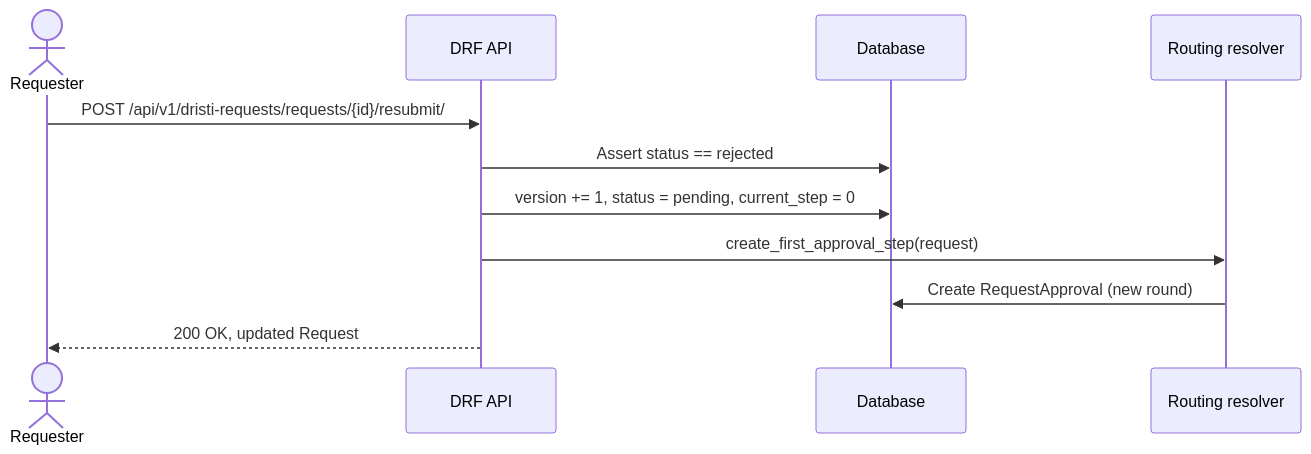
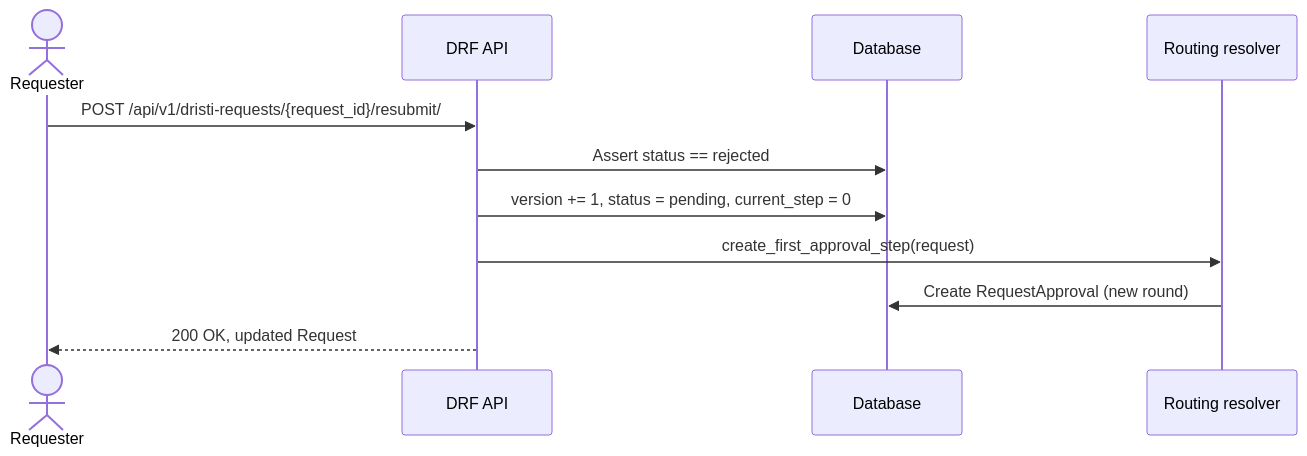
The seventh of 8 diagrams in spec/0010-simple-requests-flow.md (pucardotorg/dristi-be), drawn with Mermaid before and after one commit. The commit also changed other lines of this file and 4 other files, not shown here.

````diff
--- a/spec/0010-simple-requests-flow.md
+++ b/spec/0010-simple-requests-flow.md
@@ -370,14 +371,14 @@
 ```mermaid
 sequenceDiagram
     actor U as Requester
     participant API as DRF API
     participant DB as Database
     participant R as Routing resolver
 
-    U->>API: POST /api/v1/dristi-requests/requests/{id}/resubmit/
+    U->>API: POST /api/v1/dristi-requests/{request_id}/resubmit/
     API->>DB: Assert status == rejected
     API->>DB: version += 1, status = pending, current_step = 0
     API->>R: create_first_approval_step(request)
     R->>DB: Create RequestApproval (new round)
     API-->>U: 200 OK, updated Request
 ```
````
